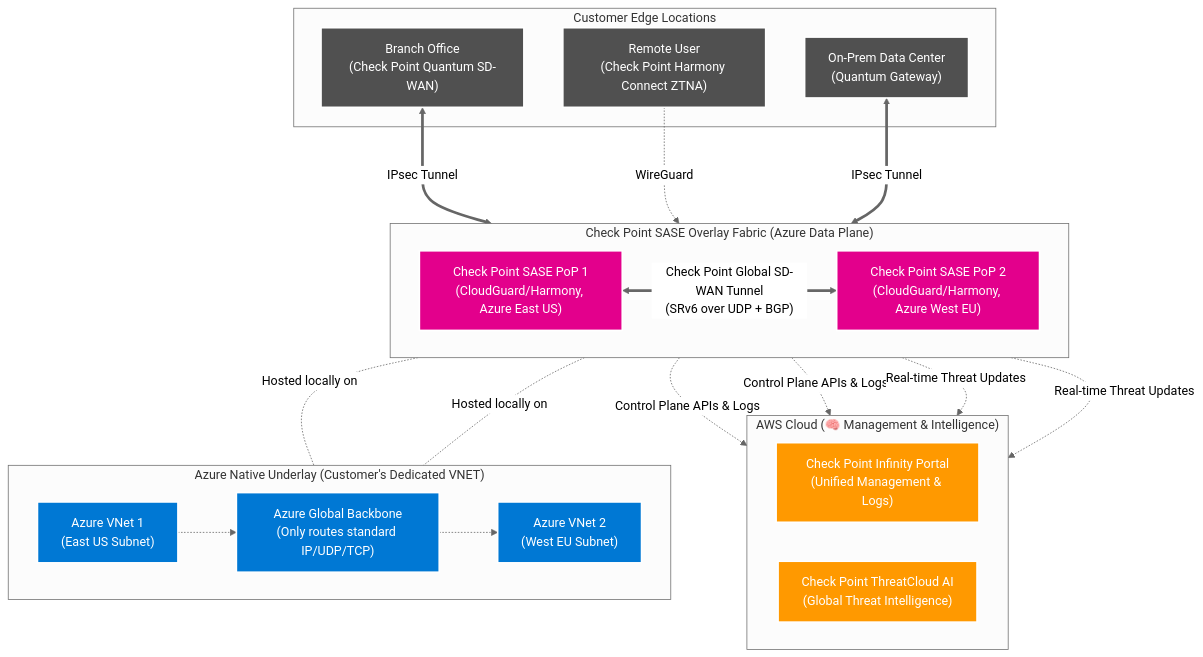
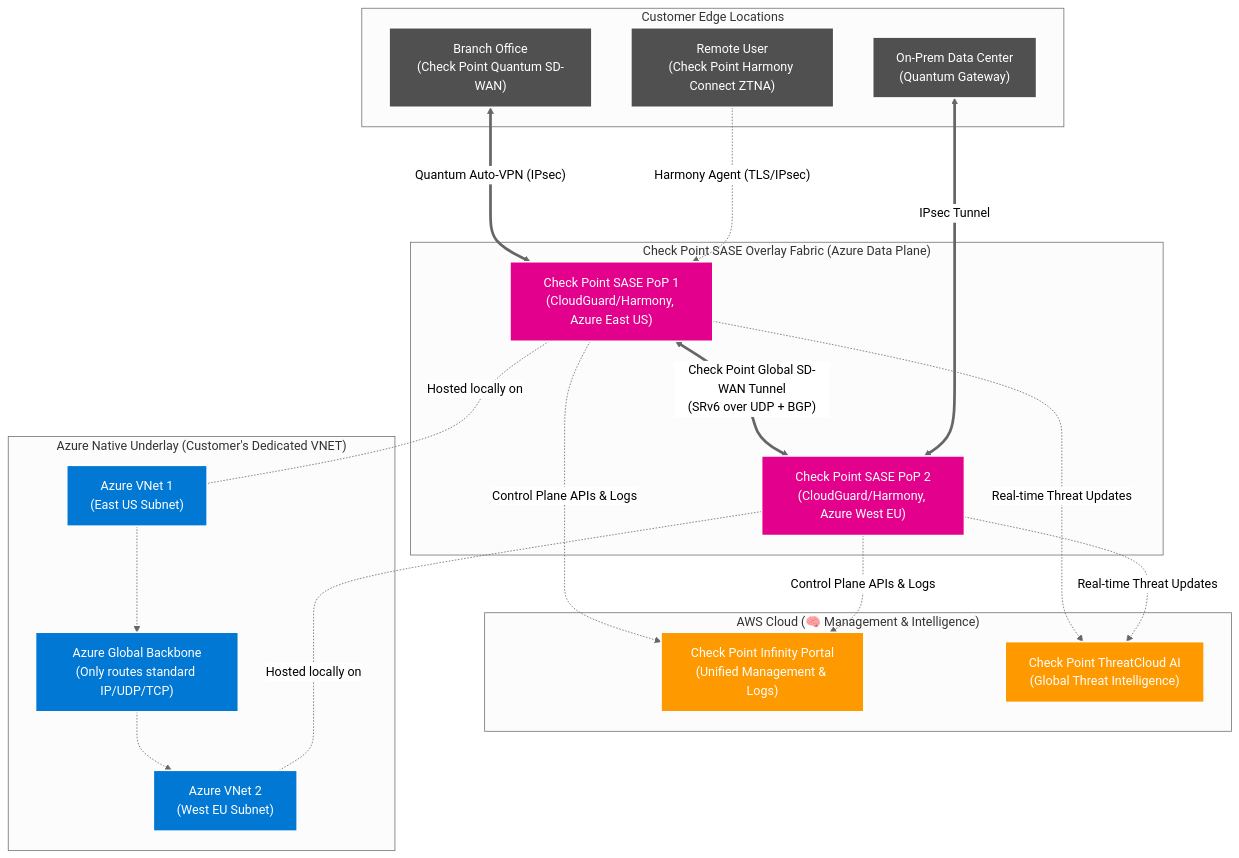
Before and after one commit to roie9876/SASE: the fourth of 11 diagrams in README.md, drawn with Mermaid (neutral theme).

Commit message:
style: Fix hidden subgraph text and update edge routing protocols to match Check Point specs

````diff
--- a/README.md
+++ b/README.md
@@ -244,50 +244,47 @@
 ```mermaid
 flowchart TD
     %% Styling
     classDef cloud fill:#0078D4,stroke:#fff,stroke-width:2px,color:#fff
     classDef aws fill:#FF9900,stroke:#fff,stroke-width:2px,color:#fff
     classDef nva fill:#E3008C,stroke:#fff,stroke-width:2px,color:#fff
     classDef edge fill:#505050,stroke:#fff,stroke-width:2px,color:#fff
 
     subgraph AWS_Cloud ["  AWS Cloud (🧠 Management & Intelligence)  "]
-        direction LR
         Infinity["Check Point Infinity Portal<br/>(Unified Management & Logs)"]:::aws
         ThreatCloud["Check Point ThreatCloud AI<br/>(Global Threat Intelligence)"]:::aws
     end
 
     subgraph ISV_SASE_Overlay ["  Check Point SASE Overlay Fabric (Azure Data Plane)  "]
-        direction LR
         NVA1["Check Point SASE PoP 1<br/>(CloudGuard/Harmony, Azure East US)"]:::nva
         NVA2["Check Point SASE PoP 2<br/>(CloudGuard/Harmony, Azure West EU)"]:::nva
         
         %% Core overlay connectivity
         NVA1 <== "Check Point Global SD-WAN Tunnel<br/>(SRv6 over UDP + BGP)" ==> NVA2
     end
     
     subgraph Azure_Transport ["  Azure Native Underlay (Customer's Dedicated VNET)  "]
-        direction LR
         VNet1["Azure VNet 1<br/>(East US Subnet)"]:::cloud -.-> Backbone["Azure Global Backbone<br/>(Only routes standard IP/UDP/TCP)"]:::cloud -.-> VNet2["Azure VNet 2<br/>(West EU Subnet)"]:::cloud
     end
     
     subgraph Customer_Edges ["  Customer Edge Locations  "]
         Branch["Branch Office<br/>(Check Point Quantum SD-WAN)"]:::edge
         HQ["On-Prem Data Center<br/>(Quantum Gateway)"]:::edge
         User["Remote User<br/>(Check Point Harmony Connect ZTNA)"]:::edge
     end
     
     %% API and Management connections
     NVA1 -. "Control Plane APIs & Logs" .-> Infinity
     NVA2 -. "Control Plane APIs & Logs" .-> Infinity
     
     NVA1 -. "Real-time Threat Updates" .-> ThreatCloud
     NVA2 -. "Real-time Threat Updates" .-> ThreatCloud
     
     %% Edge connections to NVAs
-    Branch <== "IPsec Tunnel" ===> NVA1
-    User -. "WireGuard" .-> NVA1
+    Branch <== "Quantum Auto-VPN (IPsec)" ===> NVA1
+    User -. "Harmony Agent (TLS/IPsec)" .-> NVA1
     HQ <== "IPsec Tunnel" ===> NVA2
     
     %% NVA hosting relationship
     NVA1 -. "Hosted locally on" .- VNet1
     NVA2 -. "Hosted locally on" .- VNet2
 ```
````
